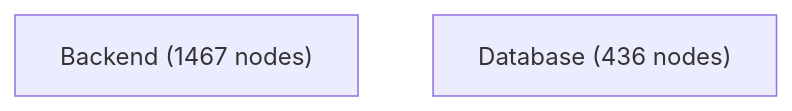
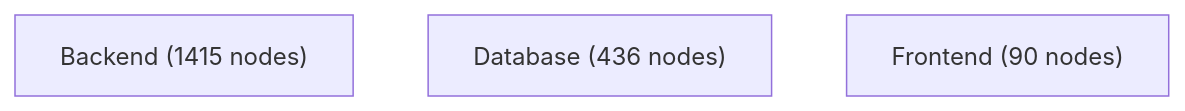
One commit to jankneumann/agentic-coding-tools changed the diagram in docs/architecture-analysis/views/containers.mmd. Above: the diagram before and after it, drawn with Mermaid. The commit also changed 11 other files, not shown here.

Commit message:
chore(architecture): refresh after refine-roadmap merge

```diff
--- a/docs/architecture-analysis/views/containers.mmd
+++ b/docs/architecture-analysis/views/containers.mmd
@@ -1,3 +1,4 @@
 flowchart TB
-    Backend["Backend (1467 nodes)"]
+    Backend["Backend (1415 nodes)"]
     Database["Database (436 nodes)"]
+    Frontend["Frontend (90 nodes)"]
```
